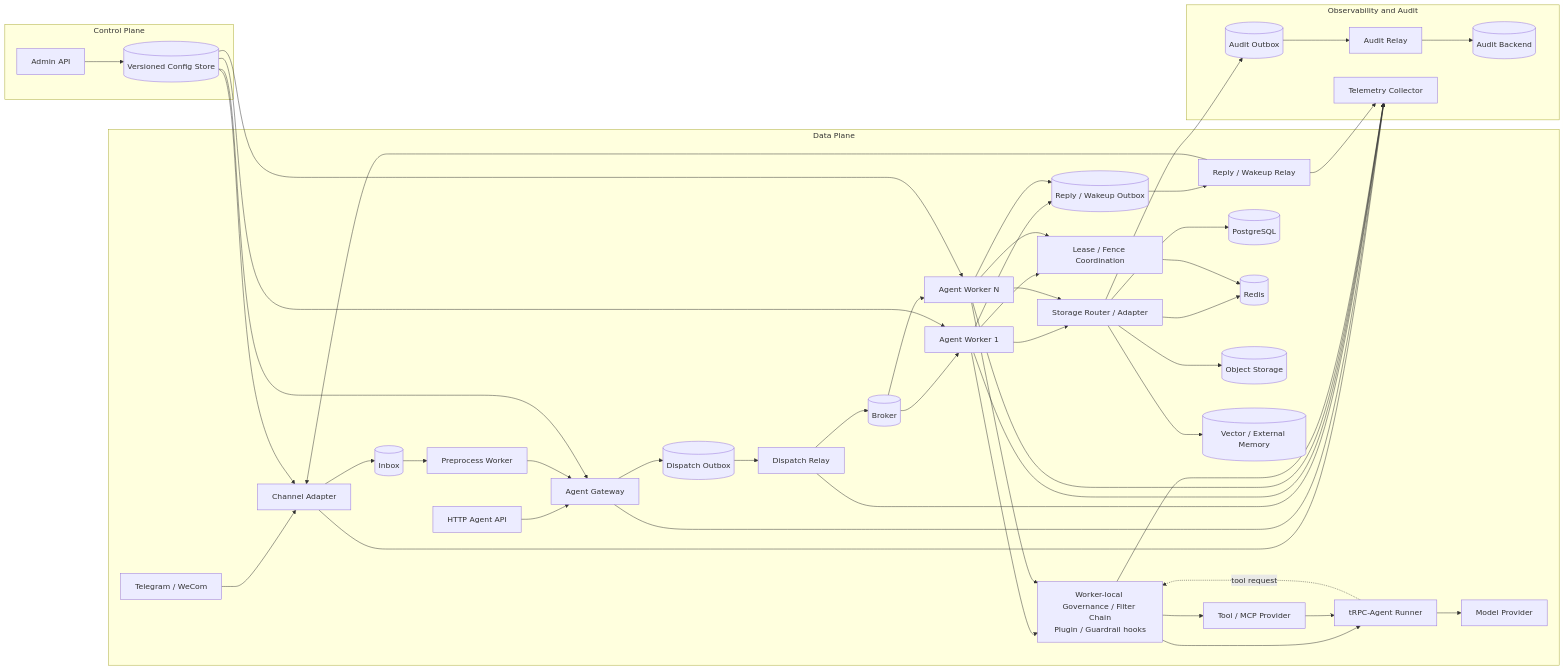
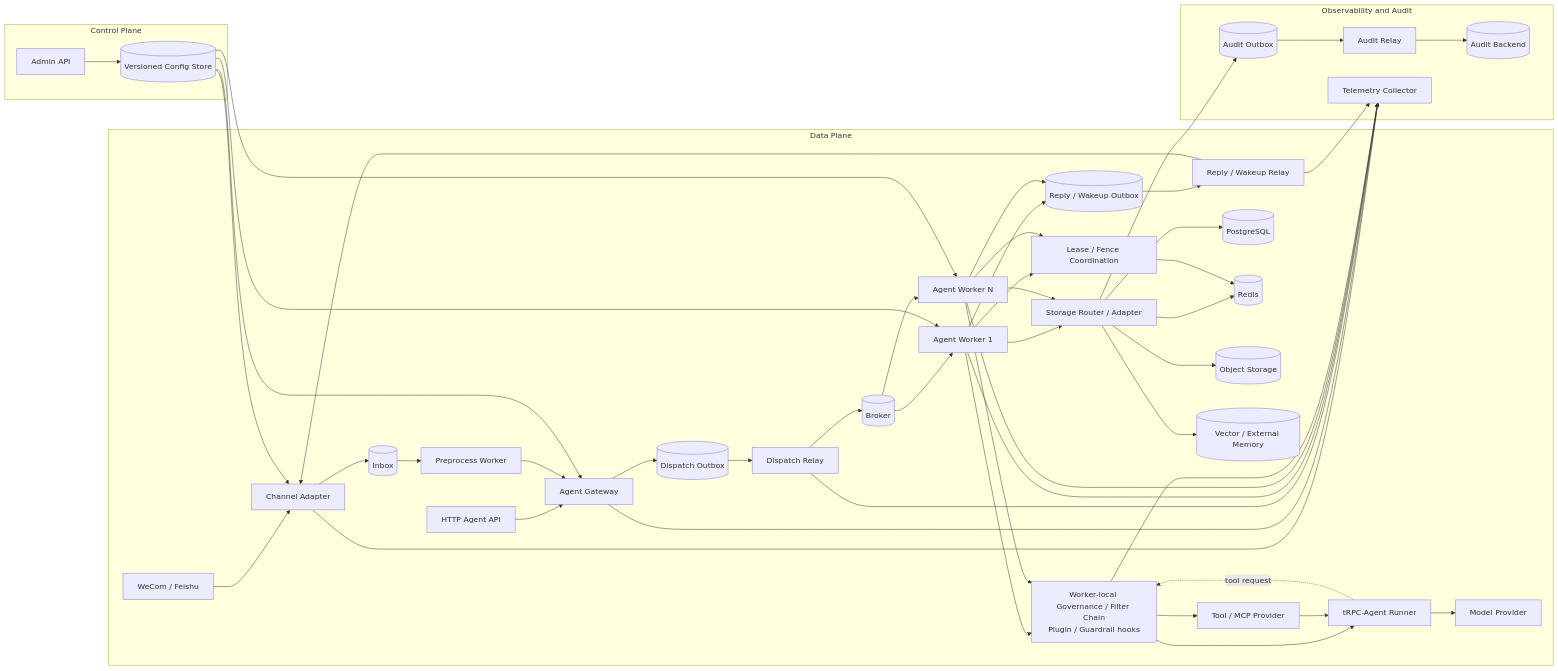
Before and after one commit to everfid-ever/trpc-agent-service: the first of 8 diagrams in docs/design/0.architecture.md, drawn with Mermaid. The commit also changed other lines of this file and 8 other files, not shown here.

````diff
--- a/docs/design/0.architecture.md
+++ b/docs/design/0.architecture.md
@@ -37,58 +37,58 @@
 ```mermaid
 flowchart LR
   subgraph CP["Control Plane"]
     ADM["Admin API"] --> CFG[("Versioned Config Store")]
   end
 
   subgraph DP["Data Plane"]
-    IM["Telegram / WeCom"] --> CA["Channel Adapter"]
+    IM["WeCom / Feishu"] --> CA["Channel Adapter"]
     API["HTTP Agent API"] --> GW["Agent Gateway"]
     CA --> IN[("Inbox")]
     IN --> PP["Preprocess Worker"]
     PP --> GW
     GW --> DO[("Dispatch Outbox")]
     DO --> DR["Dispatch Relay"]
     DR --> MQ[("Broker")]
     MQ --> W1["Agent Worker 1"]
     MQ --> W2["Agent Worker N"]
     W1 --> GOV["Worker-local Governance / Filter Chain<br/>Plugin / Guardrail hooks"]
     W2 --> GOV
     GOV --> RUN["tRPC-Agent Runner"]
     RUN --> MODEL["Model Provider"]
     RUN -. "tool request" .-> GOV
     GOV --> TOOL["Tool / MCP Provider"]
     TOOL --> RUN
     W1 --> SR["Storage Router / Adapter"]
     W2 --> SR
     W1 --> CO["Lease / Fence Coordination"]
     W2 --> CO
     SR --> PG[("PostgreSQL")]
     SR --> CACHE[("Redis")]
     SR --> OBJ[("Object Storage")]
     SR --> VECTOR[("Vector / External Memory")]
     CO --> CACHE
     W1 --> RO[("Reply / Wakeup Outbox")]
     W2 --> RO
     RO --> RR["Reply / Wakeup Relay"]
     RR --> CA
   end
 
   subgraph OP["Observability and Audit"]
     AO[("Audit Outbox")] --> AR["Audit Relay"]
     AR --> AUD[("Audit Backend")]
     OT["Telemetry Collector"]
   end
 
   CFG --> CA
   CFG --> GW
   CFG --> W1
   CFG --> W2
   SR --> AO
   CA --> OT
   GW --> OT
   DR --> OT
   W1 --> OT
   W2 --> OT
   GOV --> OT
   RR --> OT
 ```
````
